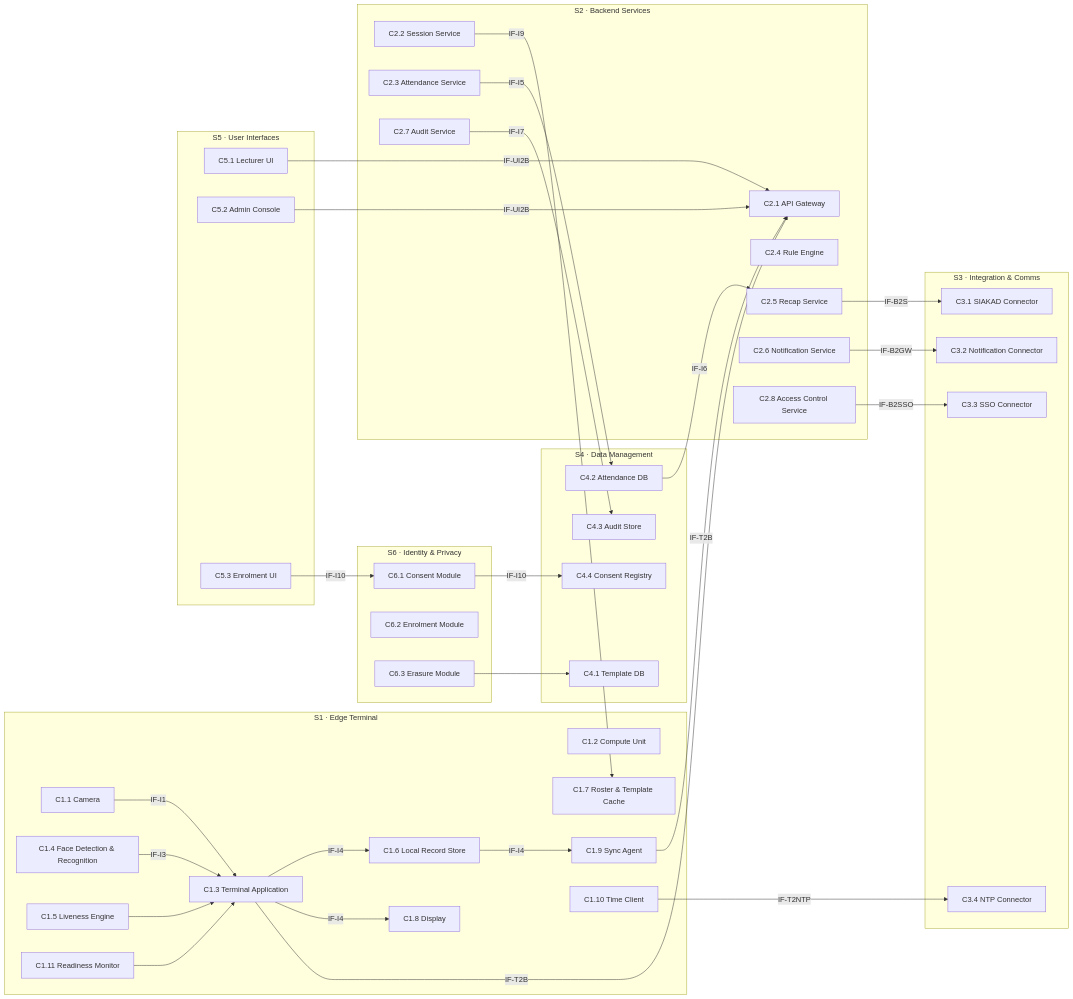
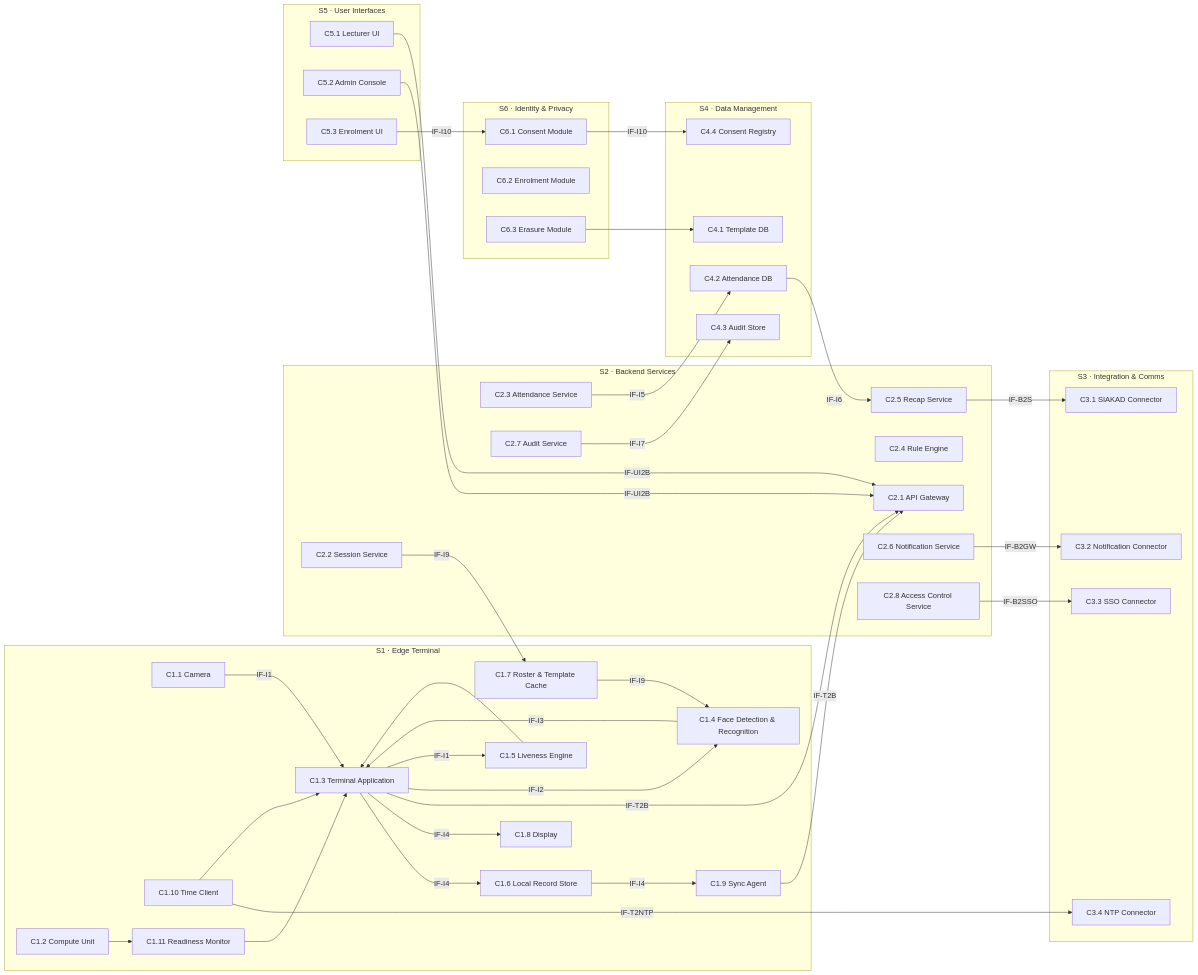
One commit to JhonsJSSimatupang/Proyek-Rekayasa-Sistem-Komputer- changed the diagram in 04_DIAGRAM_DAN_VISUALISASI/fig_arsitektur_sihadir.mmd. Above: the diagram before and after it, drawn with Mermaid. The commit also changed 22 other files, not shown here.

Commit message:
Finalize SRS & System Architecture report, sync 72-port model docs, and add diagram assets

```diff
--- a/04_DIAGRAM_DAN_VISUALISASI/fig_arsitektur_sihadir.mmd
+++ b/04_DIAGRAM_DAN_VISUALISASI/fig_arsitektur_sihadir.mmd
@@ -1,68 +1,73 @@
 flowchart LR
   subgraph S1["S1 · Edge Terminal"]
     C1_1["C1.1 Camera"]
     C1_2["C1.2 Compute Unit"]
     C1_3["C1.3 Terminal Application"]
     C1_4["C1.4 Face Detection & Recognition"]
     C1_5["C1.5 Liveness Engine"]
     C1_6["C1.6 Local Record Store"]
     C1_7["C1.7 Roster & Template Cache"]
     C1_8["C1.8 Display"]
     C1_9["C1.9 Sync Agent"]
     C1_10["C1.10 Time Client"]
     C1_11["C1.11 Readiness Monitor"]
   end
   subgraph S2["S2 · Backend Services"]
     C2_1["C2.1 API Gateway"]
     C2_2["C2.2 Session Service"]
     C2_3["C2.3 Attendance Service"]
     C2_4["C2.4 Rule Engine"]
     C2_5["C2.5 Recap Service"]
     C2_6["C2.6 Notification Service"]
     C2_7["C2.7 Audit Service"]
     C2_8["C2.8 Access Control Service"]
   end
   subgraph S3["S3 · Integration & Comms"]
     C3_1["C3.1 SIAKAD Connector"]
     C3_2["C3.2 Notification Connector"]
     C3_3["C3.3 SSO Connector"]
     C3_4["C3.4 NTP Connector"]
   end
   subgraph S4["S4 · Data Management"]
     C4_1["C4.1 Template DB"]
     C4_2["C4.2 Attendance DB"]
     C4_3["C4.3 Audit Store"]
     C4_4["C4.4 Consent Registry"]
   end
   subgraph S5["S5 · User Interfaces"]
     C5_1["C5.1 Lecturer UI"]
     C5_2["C5.2 Admin Console"]
     C5_3["C5.3 Enrolment UI"]
   end
   subgraph S6["S6 · Identity & Privacy"]
     C6_1["C6.1 Consent Module"]
     C6_2["C6.2 Enrolment Module"]
     C6_3["C6.3 Erasure Module"]
   end
   C1_1 -->|IF-I1| C1_3
   C1_4 -->|IF-I3| C1_3
   C1_5 --> C1_3
   C1_11 --> C1_3
   C1_3 -->|IF-I4| C1_6
   C1_3 -->|IF-I4| C1_8
   C1_6 -->|IF-I4| C1_9
   C1_3 -->|IF-T2B| C2_1
   C1_9 -->|IF-T2B| C2_1
   C1_10 -->|IF-T2NTP| C3_4
   C2_2 -->|IF-I9| C1_7
   C2_3 -->|IF-I5| C4_2
   C4_2 -->|IF-I6| C2_5
   C2_5 -->|IF-B2S| C3_1
   C2_6 -->|IF-B2GW| C3_2
   C2_8 -->|IF-B2SSO| C3_3
   C2_7 -->|IF-I7| C4_3
   C5_1 -->|IF-UI2B| C2_1
   C5_2 -->|IF-UI2B| C2_1
   C6_1 -->|IF-I10| C4_4
   C6_3 --> C4_1
   C5_3 -->|IF-I10| C6_1
+  C1_3 -->|IF-I2| C1_4
+  C1_3 -->|IF-I1| C1_5
+  C1_7 -->|IF-I9| C1_4
+  C1_10 --> C1_3
+  C1_2 --> C1_11
```
